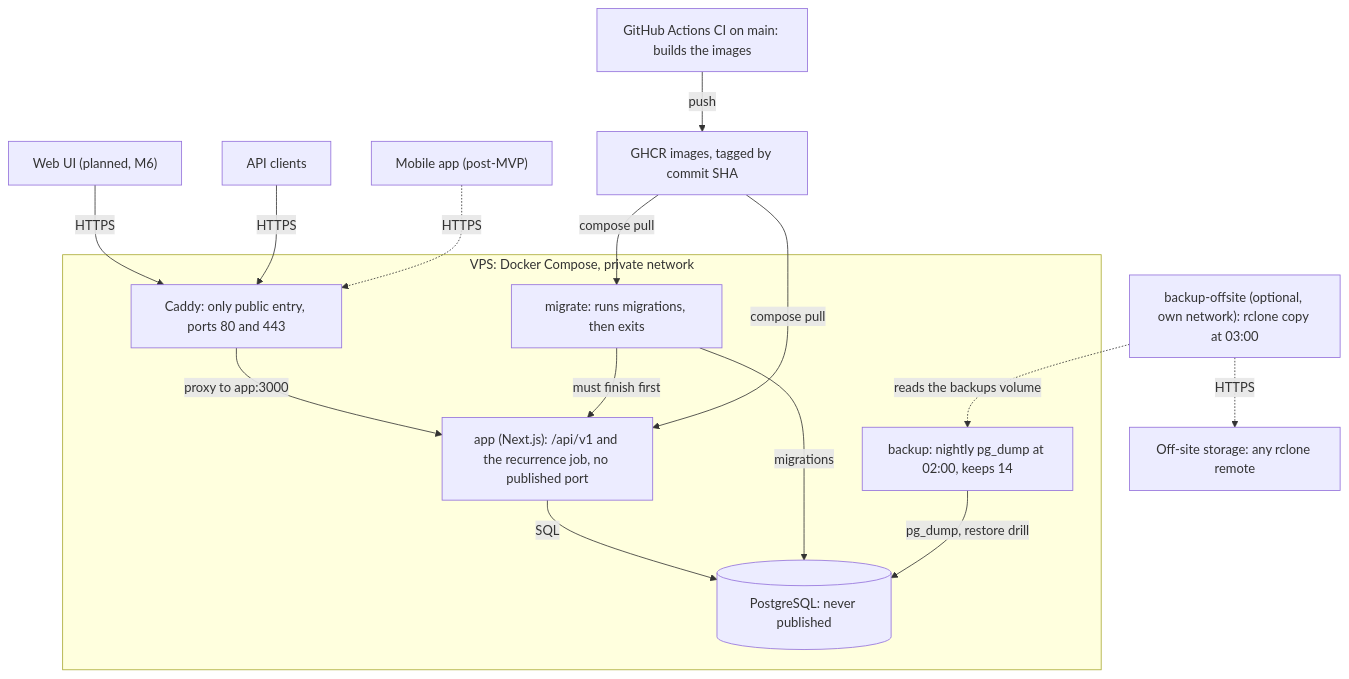
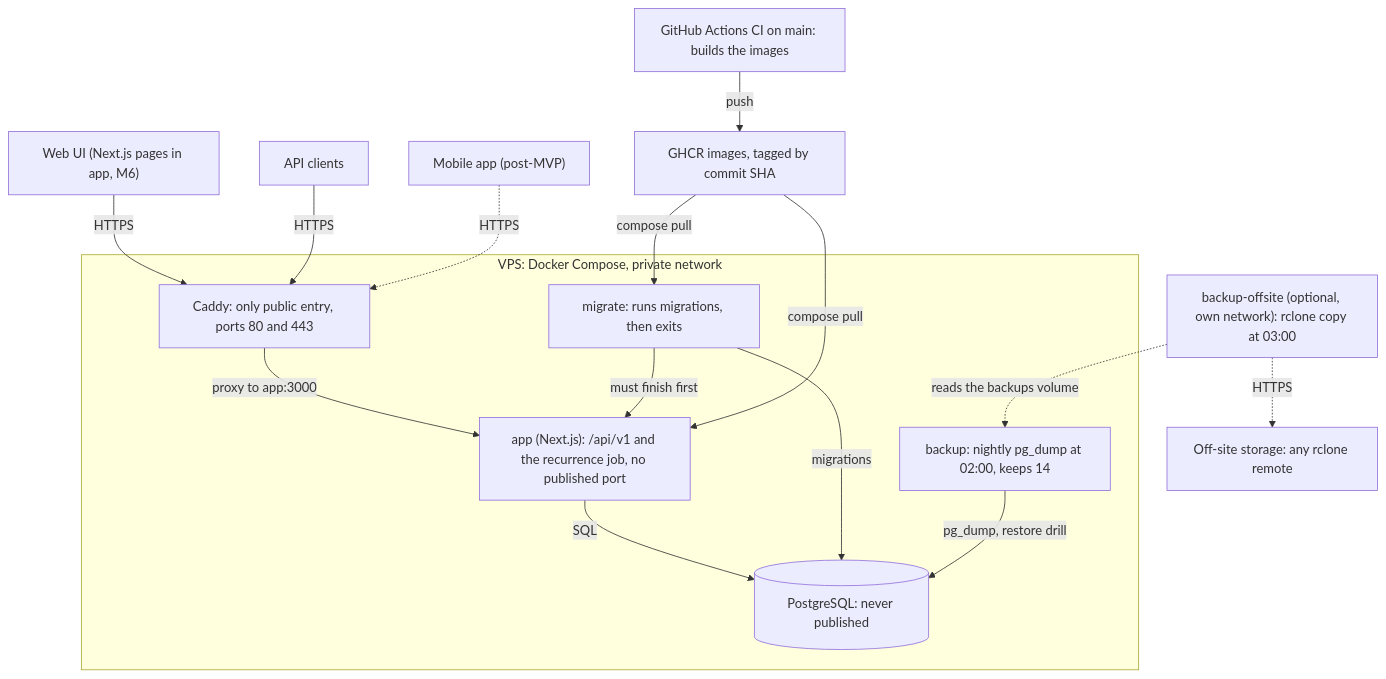
Before and after one commit to Facabore/Hearth: the diagram in docs/architecture/README.md, drawn with Mermaid. The commit also changed other lines of this file and 33 other files, not shown here.

````diff
--- a/docs/architecture/README.md
+++ b/docs/architecture/README.md
@@ -11,33 +11,33 @@
 ```mermaid
 flowchart TB
-    web["Web UI (planned, M6)"]
+    web["Web UI (Next.js pages in app, M6)"]
     clients["API clients"]
     mobile["Mobile app (post-MVP)"]
 
     subgraph vps ["VPS: Docker Compose, private network"]
         caddy["Caddy: only public entry, ports 80 and 443"]
         app["app (Next.js): /api/v1 and the recurrence job, no published port"]
         migrate["migrate: runs migrations, then exits"]
         db[("PostgreSQL: never published")]
         backup["backup: nightly pg_dump at 02:00, keeps 14"]
     end
     offsite["backup-offsite (optional, own network): rclone copy at 03:00"]
 
     ci["GitHub Actions CI on main: builds the images"]
     ghcr["GHCR images, tagged by commit SHA"]
     remote["Off-site storage: any rclone remote"]
 
     web -->|HTTPS| caddy
     clients -->|HTTPS| caddy
     mobile -.->|HTTPS| caddy
     caddy -->|"proxy to app:3000"| app
     app -->|SQL| db
     migrate -->|migrations| db
     migrate -->|"must finish first"| app
     ci -->|push| ghcr
     ghcr -->|"compose pull"| app
     ghcr -->|"compose pull"| migrate
     backup -->|"pg_dump, restore drill"| db
     offsite -.->|"reads the backups volume"| backup
     offsite -.->|HTTPS| remote
 ```
````
